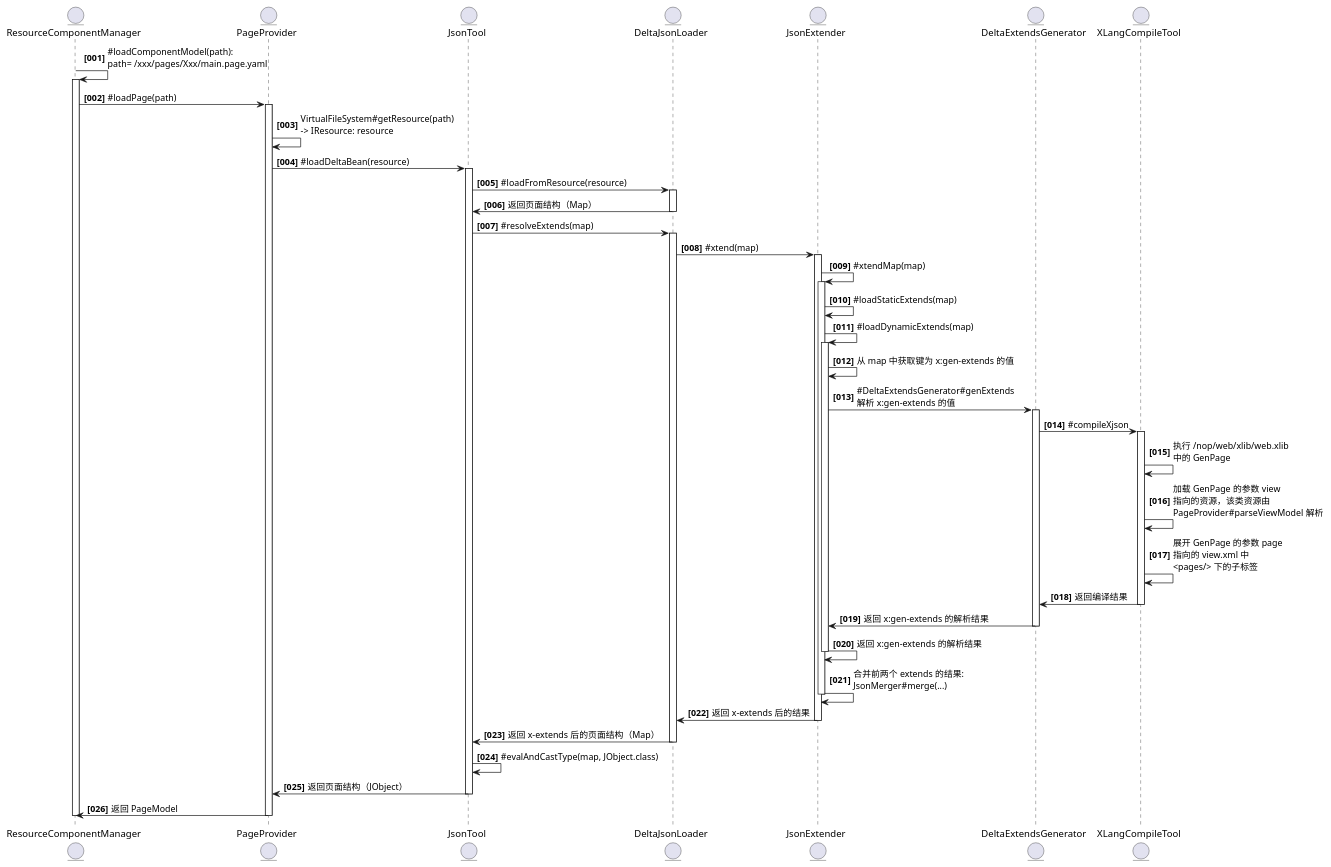
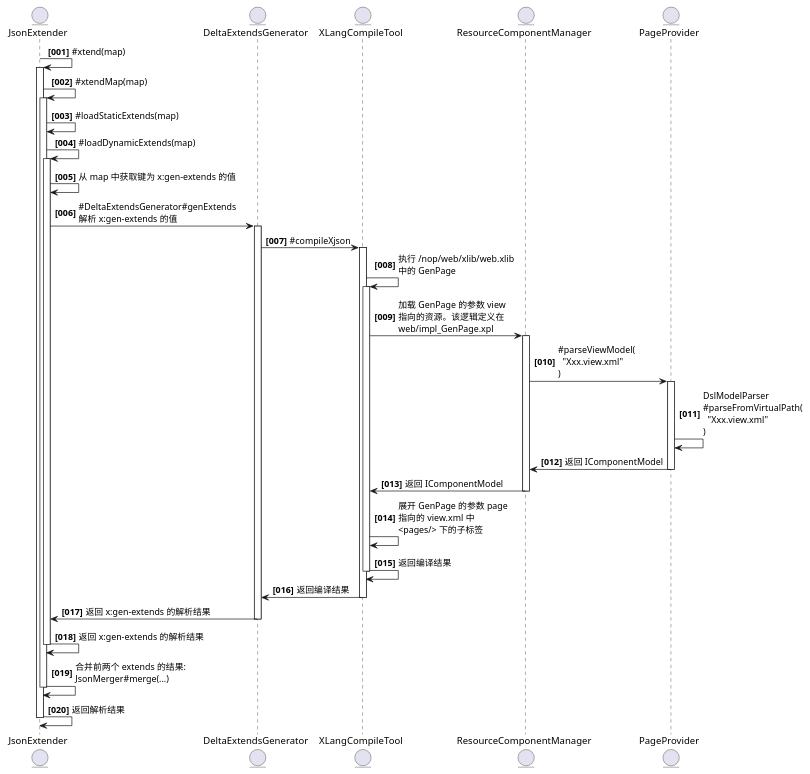
The sixth of 6 diagrams in docs/100.development/800.nop/250.about/500.code.md (crazydan-studio/duzhou.crazydan.io), drawn with PlantUML before and after one commit. The commit also changed other lines of this file and 1 other file, not shown here.

````diff
--- a/docs/100.development/800.nop/250.about/500.code.md
+++ b/docs/100.development/800.nop/250.about/500.code.md
@@ -292,70 +337,56 @@
 ```plantuml
 autonumber "<b>[000]"
 
-entity "ResourceComponentManager" as res_man
-entity "PageProvider" as provider
-entity "JsonTool" as json_tool
-entity "DeltaJsonLoader" as json_loader
 entity "JsonExtender" as json_extender
 entity "DeltaExtendsGenerator" as generator
 entity "XLangCompileTool" as compiler
+entity "ResourceComponentManager" as res_man
+entity "PageProvider" as provider
 
-res_man -> res_man: ~#loadComponentModel(path):\npath= /xxx/pages/Xxx/main.page.yaml
-activate res_man
-  res_man -> provider: ~#loadPage(path)
-  activate provider
-    provider -> provider: VirtualFileSystem#getResource(path)\n-> IResource: resource
+json_extender -> json_extender: ~#xtend(map)
+activate json_extender
+  json_extender -> json_extender: ~#xtendMap(map)
+  activate json_extender
+    json_extender -> json_extender: ~#loadStaticExtends(map)
 
-    provider -> json_tool: ~#loadDeltaBean(resource)
-    activate json_tool
-      json_tool -> json_loader: ~#loadFromResource(resource)
-      activate json_loader
-        json_loader -> json_tool: 返回页面结构（Map）
-      deactivate json_loader
+    json_extender -> json_extender: ~#loadDynamicExtends(map)
+    activate json_extender
+      json_extender -> json_extender: 从 map 中获取键为 x:gen-extends 的值
 
-      json_tool -> json_loader: ~#resolveExtends(map)
-      activate json_loader
-        json_loader -> json_extender: ~#xtend(map)
-        activate json_extender
-          json_extender -> json_extender: ~#xtendMap(map)
-          activate json_extender
-            json_extender -> json_extender: ~#loadStaticExtends(map)
+      json_extender -> generator: ~#DeltaExtendsGenerator#genExtends\n解析 x:gen-extends 的值
+      activate generator
+        generator -> compiler: ~#compileXjson
+        activate compiler
+          compiler -> compiler: 执行 /nop/web/xlib/web.xlib\n中的 GenPage
+          activate compiler
+            compiler -> res_man: 加载 GenPage 的参数 view\n指向的资源。该逻辑定义在\nweb/impl_GenPage.xpl
+            activate res_man
+              res_man -> provider: ~#parseViewModel(\n  "Xxx.view.xml"\n)
+              activate provider
+                provider -> provider: DslModelParser\n~#parseFromVirtualPath(\n  "Xxx.view.xml"\n)
 
-            json_extender -> json_extender: ~#loadDynamicExtends(map)
-            activate json_extender
-              json_extender -> json_extender: 从 map 中获取键为 x:gen-extends 的值
+                provider -> res_man: 返回 IComponentModel
+              deactivate provider
 
-              json_extender -> generator: ~#DeltaExtendsGenerator#genExtends\n解析 x:gen-extends 的值
-              activate generator
-                generator -> compiler: ~#compileXjson
-                activate compiler
-                  compiler -> compiler: 执行 /nop/web/xlib/web.xlib\n中的 GenPage
-                  compiler -> compiler: 加载 GenPage 的参数 view\n指向的资源，该类资源由\nPageProvider#parseViewModel 解析
-                  compiler -> compiler: 展开 GenPage 的参数 page\n指向的 view.xml 中\n<pages/> 下的子标签
+              res_man -> compiler: 返回 IComponentModel
+            deactivate res_man
 
-                  compiler -> generator: 返回编译结果
-                deactivate compiler
+            compiler -> compiler: 展开 GenPage 的参数 page\n指向的 view.xml 中\n<pages/> 下的子标签
+            compiler -> compiler: 返回编译结果
+          deactivate compiler
 
-                generator -> json_extender: 返回 x:gen-extends 的解析结果
-              deactivate generator
+          compiler -> generator: 返回编译结果
+        deactivate compiler
 
-              json_extender -> json_extender: 返回 x:gen-extends 的解析结果
-            deactivate json_extender
+        generator -> json_extender: 返回 x:gen-extends 的解析结果
+      deactivate generator
 
-            json_extender -> json_extender: 合并前两个 extends 的结果:\nJsonMerger#merge(...)
-          deactivate json_extender
+      json_extender -> json_extender: 返回 x:gen-extends 的解析结果
+    deactivate json_extender
 
-          json_extender -> json_loader: 返回 x-extends 后的结果
-        deactivate json_extender
+    json_extender -> json_extender: 合并前两个 extends 的结果:\nJsonMerger#merge(...)
+  deactivate json_extender
 
-        json_loader -> json_tool: 返回 x-extends 后的页面结构（Map）
-      deactivate json_loader
-
-      json_tool -> json_tool: ~#evalAndCastType(map, JObject.class)
-      json_tool -> provider: 返回页面结构（JObject）
-    deactivate json_tool
-
-    provider -> res_man: 返回 PageModel
-  deactivate provider
-deactivate res_man
+  json_extender -> json_extender: 返回解析结果
+deactivate json_extender
 ```
````
